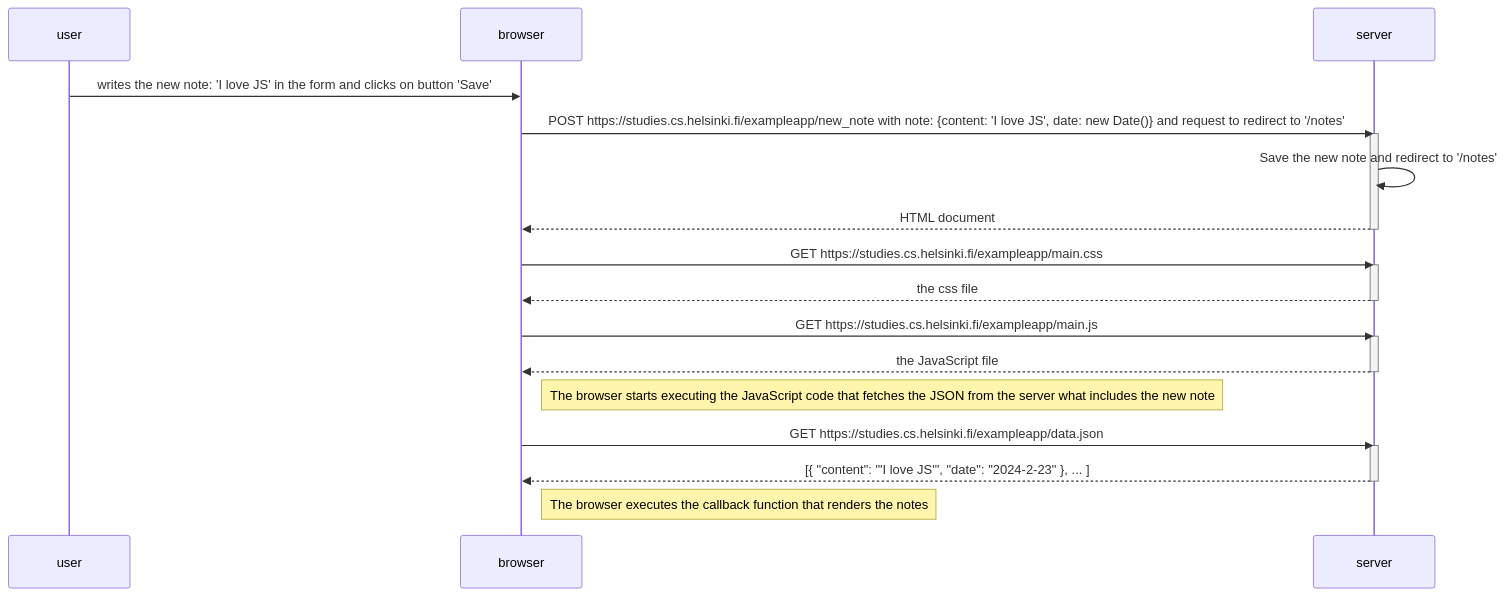
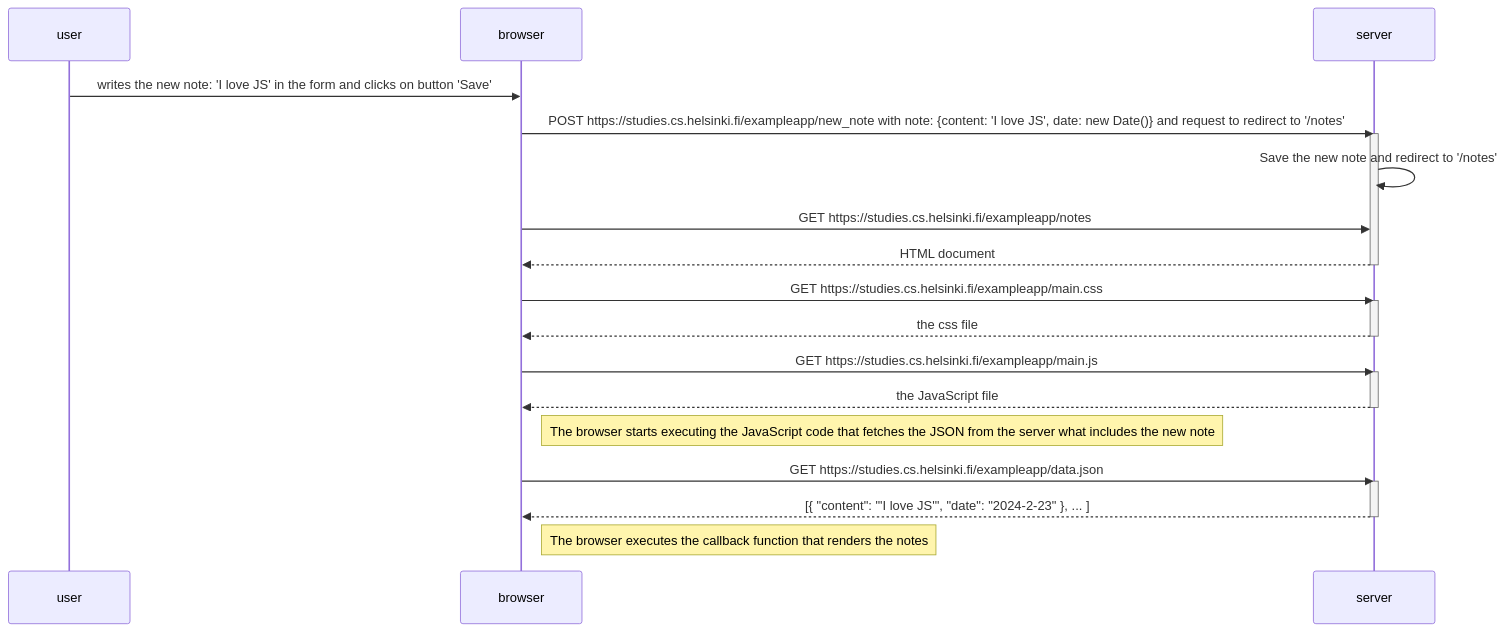
One commit to CristianMelero/fs_open_CristianMelero changed the diagram in part 0/0-4.mmd. Above: the diagram before and after it, drawn with Mermaid. The commit also changed 1 other file, not shown here.

```diff
--- a/part 0/0-4.mmd
+++ b/part 0/0-4.mmd
@@ -1,31 +1,32 @@
 sequenceDiagram
     participant user
     participant browser
     participant server
 
     user->>browser: writes the new note: 'I love JS' in the form and clicks on button 'Save'
 
     browser->>server: POST https://studies.cs.helsinki.fi/exampleapp/new_note with note: {content: 'I love JS', date: new Date()} and request to redirect to '/notes'
     activate server
     server->>server: Save the new note and redirect to '/notes'
+    browser->>server: GET https://studies.cs.helsinki.fi/exampleapp/notes
     server-->>browser: HTML document
     deactivate server
 
     browser->>server: GET https://studies.cs.helsinki.fi/exampleapp/main.css
     activate server
     server-->>browser: the css file
     deactivate server
 
     browser->>server: GET https://studies.cs.helsinki.fi/exampleapp/main.js
     activate server
     server-->>browser: the JavaScript file
     deactivate server
 
     Note right of browser: The browser starts executing the JavaScript code that fetches the JSON from the server what includes the new note
 
     browser->>server: GET https://studies.cs.helsinki.fi/exampleapp/data.json
     activate server
     server-->>browser: [{ "content": "'I love JS'", "date": "2024-2-23" }, ... ]
     deactivate server
 
     Note right of browser: The browser executes the callback function that renders the notes
```
